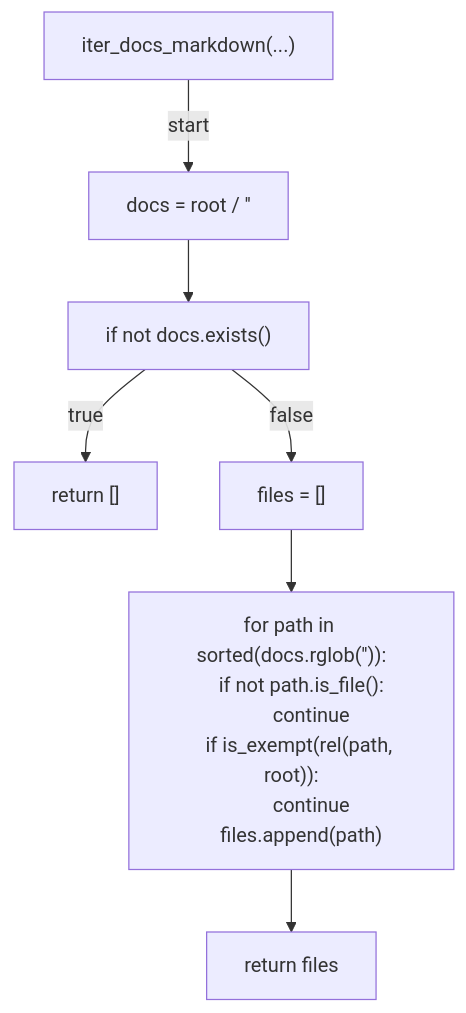
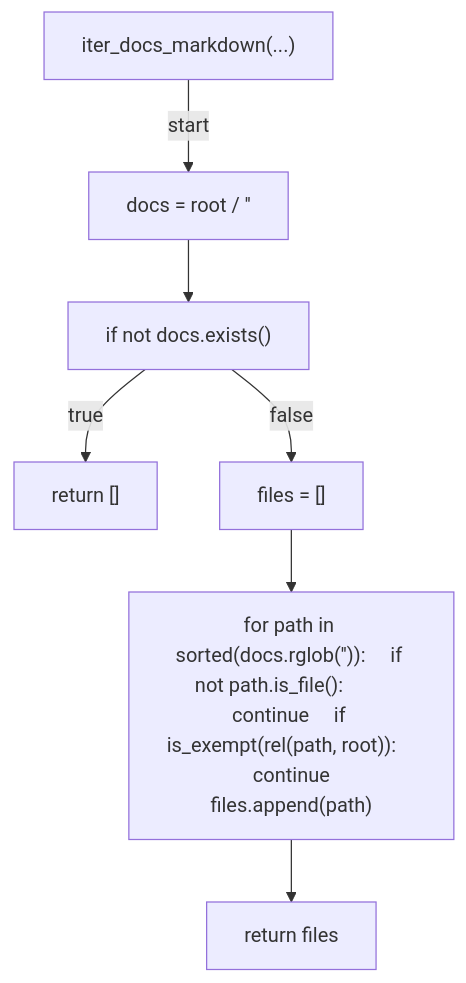
The third of 14 diagrams in docs/generated/scripts/ast/scan_mermaid_syntax.md (tvna/claude-md), drawn with Mermaid before and after one commit. The commit also changed other lines of this file and 23 other files, not shown here.

First line of the commit message:
docs(generated): regenerate decision tree and workflow diagrams (batch 4/5)

````diff
--- a/docs/generated/scripts/ast/scan_mermaid_syntax.md
+++ b/docs/generated/scripts/ast/scan_mermaid_syntax.md
@@ -31,21 +31,16 @@
 ```mermaid
 flowchart TD
     N001["iter_docs_markdown(...)"]
     N002["docs = root / '<str>'"]
     N003["if not docs.exists()"]
     N004["return []"]
     N005["files = []"]
-    N006["for path in sorted(docs.rglob('<str>')):
-    if not path.is_file():
-        continue
-    if is_exempt(rel(path, root)):
-        continue
-    files.append(path)"]
+    N006["for path in sorted(docs.rglob('<str>')):     if not path.is_file():         continue     if is_exempt(rel(path, root)):         continue     files.append(path)"]
     N007["return files"]
     N001 -->|"start"| N002
     N002 --> N003
     N003 -->|"true"| N004
     N003 -->|"false"| N005
     N005 --> N006
     N006 --> N007
 ```
````
